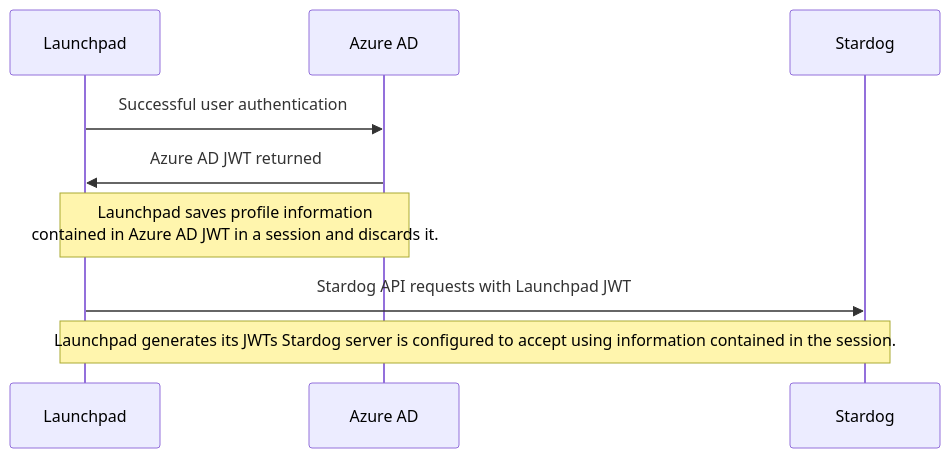
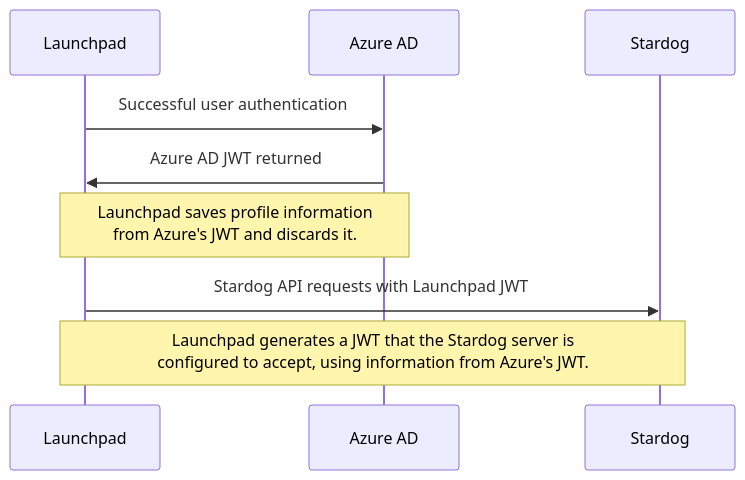
Before and after one commit to stardog-union/launchpad-docs: the diagram in azure/README.md, drawn with Mermaid. The commit also changed other lines of this file and 4 other files, not shown here.

Commit message:
CLOUD-1352] Adding doc for Launchpad's Azure access token passthrough mode

````diff
--- a/azure/README.md
+++ b/azure/README.md
@@ -33,8 +37,8 @@
 ```mermaid
 sequenceDiagram
   Launchpad->>Azure AD: Successful user authentication
   Azure AD->>Launchpad: Azure AD JWT returned
-  Note over Azure AD,Launchpad: Launchpad saves profile information <br> contained in Azure AD JWT in a session and discards it.
+  Note over Azure AD,Launchpad: Launchpad saves profile information <br> from Azure's JWT and discards it.
   Launchpad->>Stardog: Stardog API requests with Launchpad JWT
-  Note over Launchpad,Stardog: Launchpad generates its JWTs Stardog server is configured to accept using information contained in the session.
+  Note over Launchpad,Stardog: Launchpad generates a JWT that the Stardog server is <br> configured to accept, using information from Azure's JWT.
 ```
````
